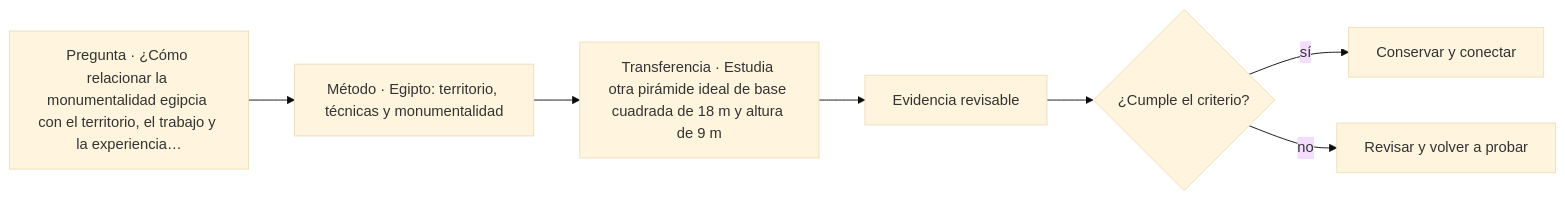
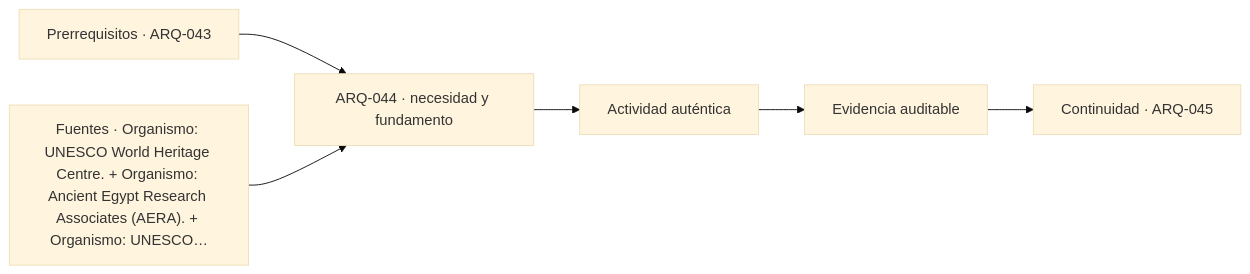
One commit to vladimiracunadev-create/architecture-built-environment-learning-program changed the diagram in classes/parte-05/ARQ-044.md. Above: the diagram before and after it, drawn with Mermaid (base theme). The commit also changed other lines of this file and 761 other files, not shown here.

````diff
--- a/classes/parte-05/ARQ-044.md
+++ b/classes/parte-05/ARQ-044.md
@@ -102,9 +114,8 @@
 ```mermaid
 flowchart LR
-    Q["Pregunta · ¿Cómo relacionar la monumentalidad egipcia con el territorio, el trabajo y la experiencia…"] --> M["Método · Egipto: territorio, técnicas y monumentalidad"]
-    M --> P["Transferencia · Estudia otra pirámide ideal de base cuadrada de 18 m y altura de 9 m"]
-    P --> E["Evidencia revisable"]
-    E --> C{"¿Cumple el criterio?"}
-    C -->|sí| T["Conservar y conectar"]
-    C -->|no| R["Revisar y volver a probar"]
+    A["Prerrequisitos · ARQ-043"] --> B["ARQ-044 · necesidad y fundamento"]
+    S["Fuentes · Organismo: UNESCO World Heritage Centre. + Organismo: Ancient Egypt Research Associates (AERA). + Organismo: UNESCO…"] --> B
+    B --> C["Actividad auténtica"]
+    C --> D["Evidencia auditable"]
+    D --> E["Continuidad · ARQ-045"]
 ```
````
